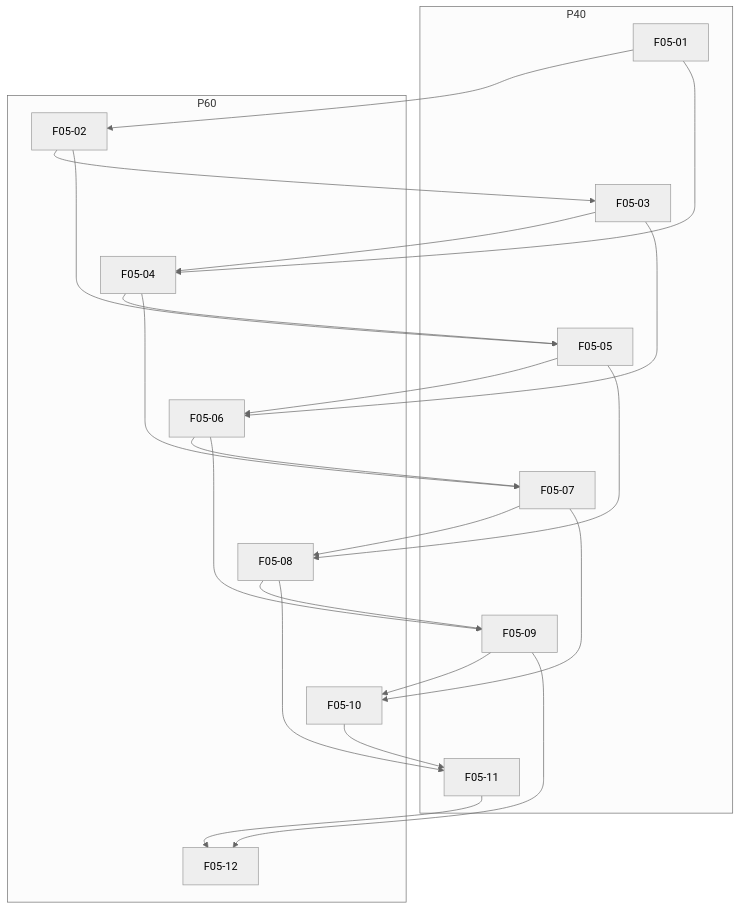
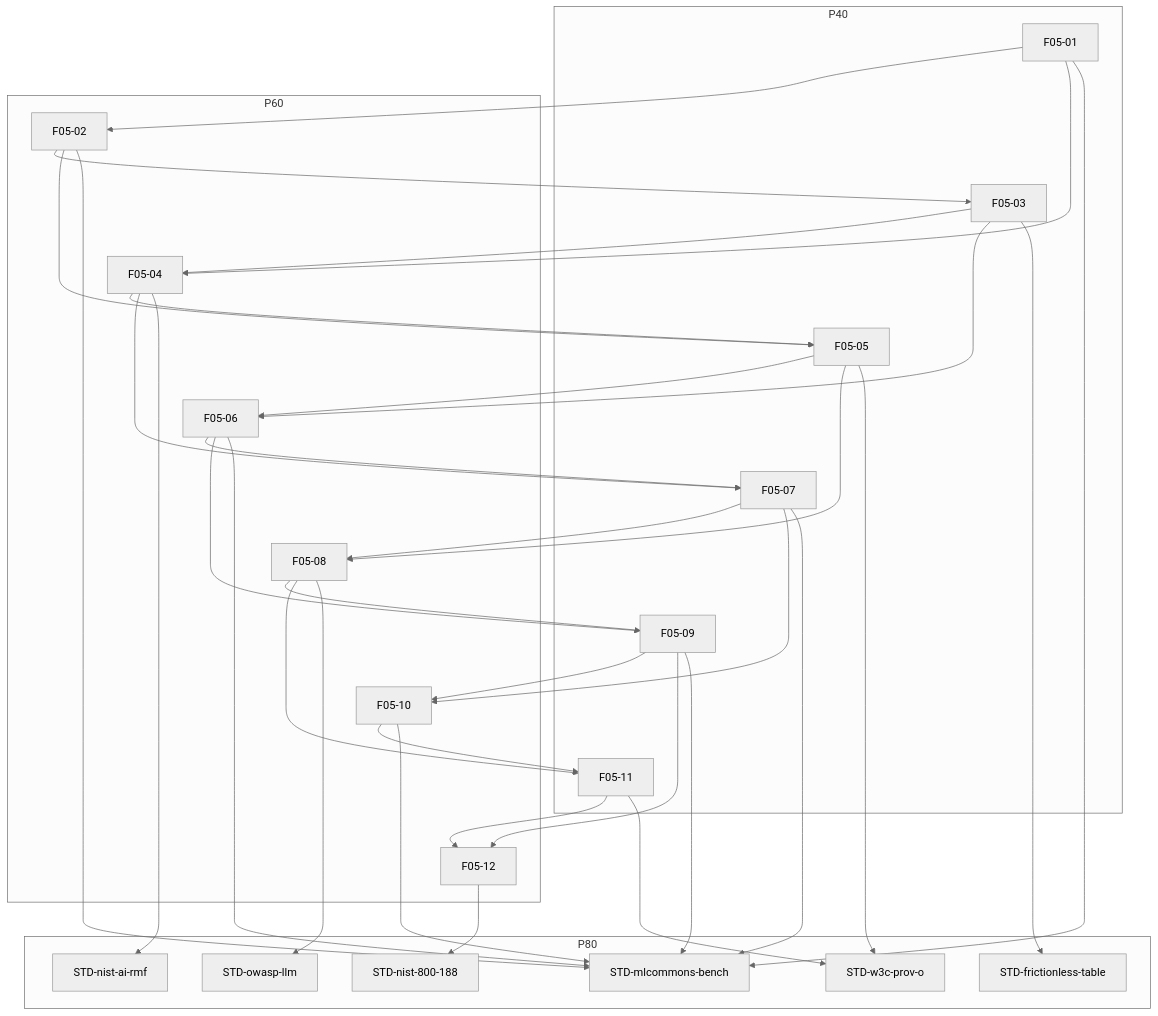
Before and after one commit to Monyeah777/NarrativeForge: the diagram in community/评测与基准域包/outputs/charts/CONCEPT_DAG.mmd, drawn with Mermaid (neutral theme). The commit also changed 721 other files, not shown here.

```diff
--- a/community/评测与基准域包/outputs/charts/CONCEPT_DAG.mmd
+++ b/community/评测与基准域包/outputs/charts/CONCEPT_DAG.mmd
@@ -1,38 +1,58 @@
 %% 概念前置图（由 community/评测与基准域包/assets/CONCEPT_GRAPH.md 确定性派生；唯一机读真相在资产 §4 围栏块）
 flowchart TD
   subgraph P40[P40]
     F05-01
     F05-03
     F05-05
     F05-07
     F05-09
     F05-11
   end
   subgraph P60[P60]
     F05-02
     F05-04
     F05-06
     F05-08
     F05-10
     F05-12
+  end
+  subgraph P80[P80]
+    STD-frictionless-table
+    STD-mlcommons-bench
+    STD-nist-800-188
+    STD-nist-ai-rmf
+    STD-owasp-llm
+    STD-w3c-prov-o
   end
   F05-01 --> F05-02
   F05-02 --> F05-03
   F05-03 --> F05-04
   F05-01 --> F05-04
   F05-04 --> F05-05
   F05-02 --> F05-05
   F05-05 --> F05-06
   F05-03 --> F05-06
   F05-06 --> F05-07
   F05-04 --> F05-07
   F05-07 --> F05-08
   F05-05 --> F05-08
   F05-08 --> F05-09
   F05-06 --> F05-09
   F05-09 --> F05-10
   F05-07 --> F05-10
   F05-10 --> F05-11
   F05-08 --> F05-11
   F05-11 --> F05-12
   F05-09 --> F05-12
+  F05-03 --> STD-frictionless-table
+  F05-01 --> STD-mlcommons-bench
+  F05-02 --> STD-mlcommons-bench
+  F05-06 --> STD-mlcommons-bench
+  F05-07 --> STD-mlcommons-bench
+  F05-09 --> STD-mlcommons-bench
+  F05-10 --> STD-mlcommons-bench
+  F05-12 --> STD-nist-800-188
+  F05-04 --> STD-nist-ai-rmf
+  F05-08 --> STD-owasp-llm
+  F05-05 --> STD-w3c-prov-o
+  F05-11 --> STD-w3c-prov-o
```
